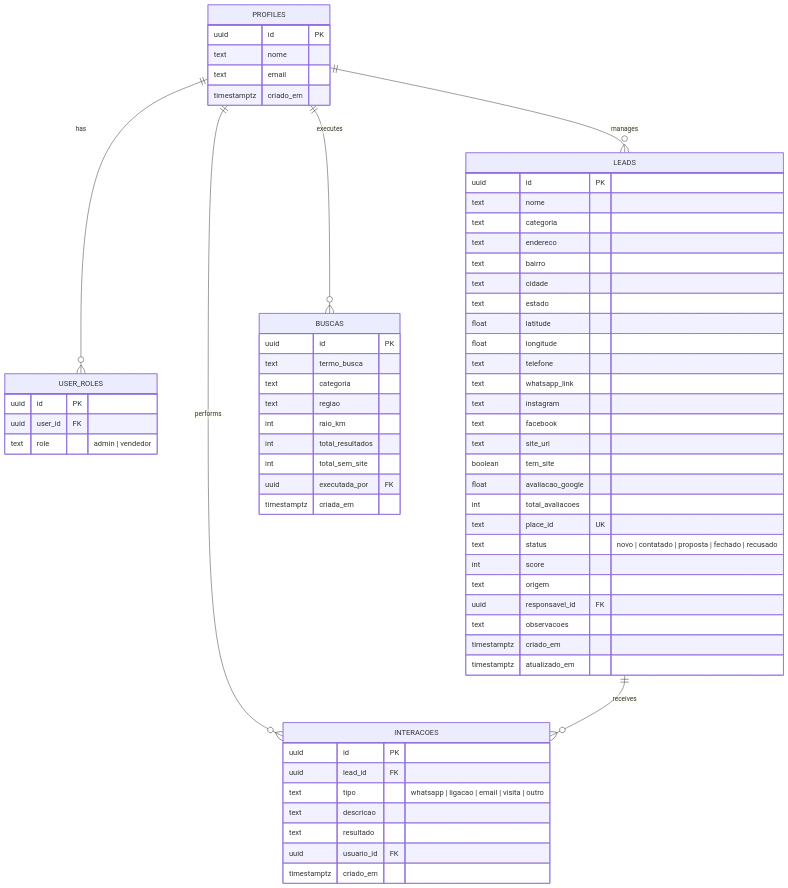
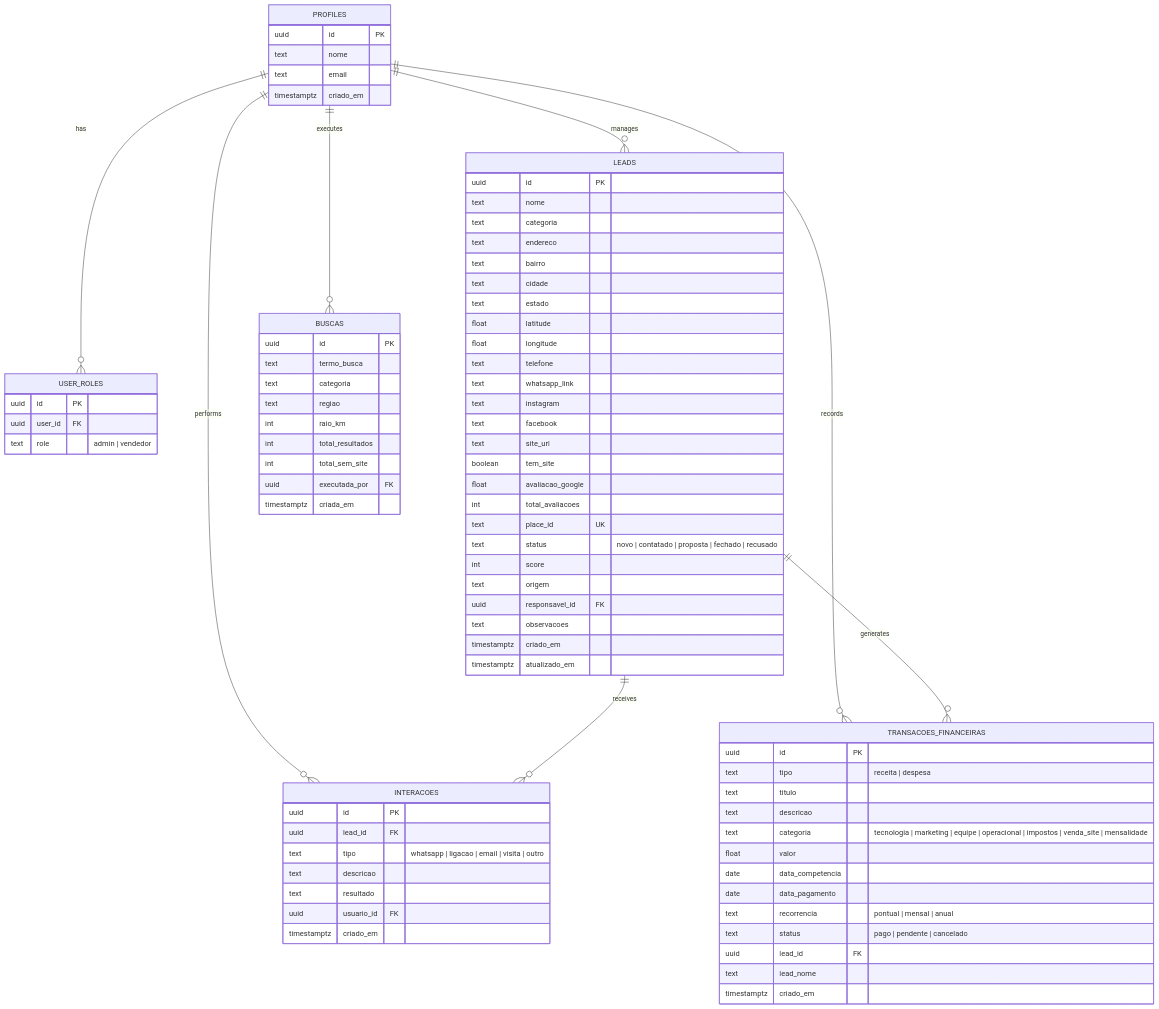
The diagram in README.md (meridiantechco/meridian-hub), drawn with Mermaid before and after one commit. The commit also changed other lines of this file and 18 other files, not shown here.

```diff
--- a/README.md
+++ b/README.md
@@ -128,8 +153,10 @@
     PROFILES ||--o{ LEADS : manages
     PROFILES ||--o{ BUSCAS : executes
     PROFILES ||--o{ INTERACOES : performs
+    PROFILES ||--o{ TRANSACOES_FINANCEIRAS : records
 
     LEADS ||--o{ INTERACOES : receives
+    LEADS ||--o{ TRANSACOES_FINANCEIRAS : generates
 
     PROFILES {
         uuid id PK
@@ -172,6 +199,22 @@
         timestamptz atualizado_em
     }
 
+    TRANSACOES_FINANCEIRAS {
+        uuid id PK
+        text tipo "receita | despesa"
+        text titulo
+        text descricao
+        text categoria "tecnologia | marketing | equipe | operacional | impostos | venda_site | mensalidade"
+        float valor
+        date data_competencia
+        date data_pagamento
+        text recorrencia "pontual | mensal | anual"
+        text status "pago | pendente | cancelado"
+        uuid lead_id FK
+        text lead_nome
+        timestamptz criado_em
+    }
+
     BUSCAS {
         uuid id PK
         text termo_busca
```
